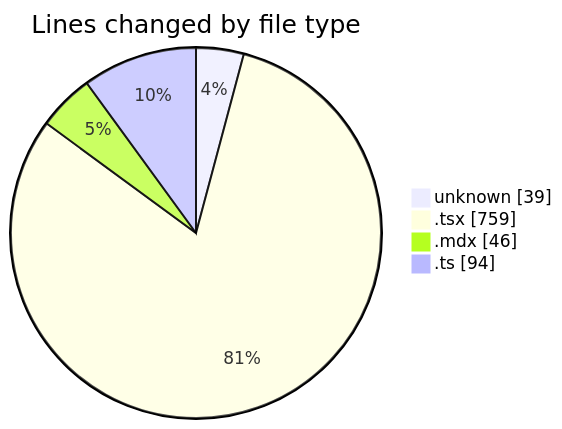
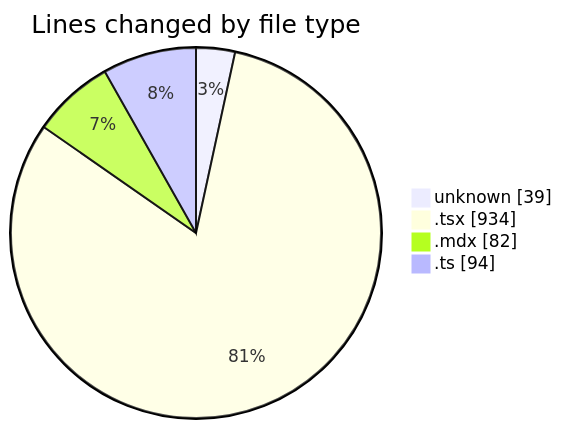
Before and after one commit to Elitesun/code-tracking: the first of 2 diagrams in 2025-05-24/elitesun/README.md, drawn with Mermaid. The commit also changed other lines of this file and 1 other file, not shown here.

````diff
--- a/2025-05-24/elitesun/README.md
+++ b/2025-05-24/elitesun/README.md
@@ -30,8 +32,8 @@
 ```mermaid
 pie showData
 title Lines changed by file type
 "unknown" : 39
-".tsx" : 759
-".mdx" : 46
+".tsx" : 934
+".mdx" : 82
 ".ts" : 94
 ```
````
